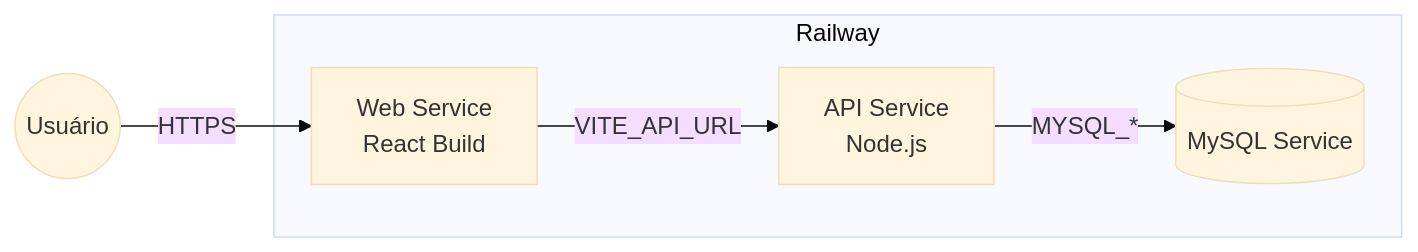
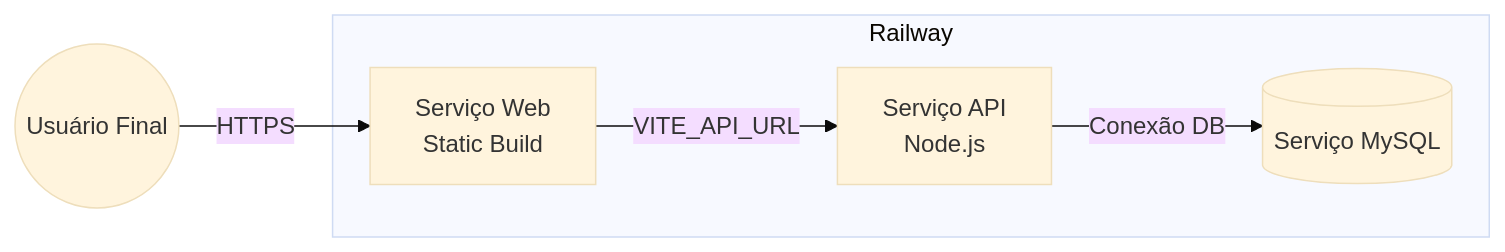
The second of 2 diagrams in README.md (AlexandreCalmonJr/vitalhub-enterprise), drawn with Mermaid (base theme) before and after one commit. The commit also changed other lines of this file, not shown here.

````diff
--- a/README.md
+++ b/README.md
@@ -219,13 +203,13 @@
 ```mermaid
 graph LR
     subgraph Railway
-        DB[(MySQL Service)]
-        API[API Service<br/>Node.js]
-        WEB[Web Service<br/>React Build]
+        DB[(Serviço MySQL)]
+        API[Serviço API<br/>Node.js]
+        WEB[Serviço Web<br/>Static Build]
     end
 
     WEB -->|"VITE_API_URL"| API
-    API -->|"MYSQL_*"| DB
+    API -->|"Conexão DB"| DB
 
-    USER((Usuário)) -->|"HTTPS"| WEB
+    USER((Usuário Final)) -->|"HTTPS"| WEB
 ```
````
